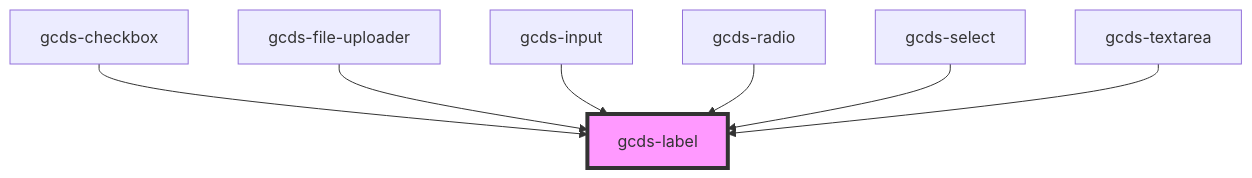
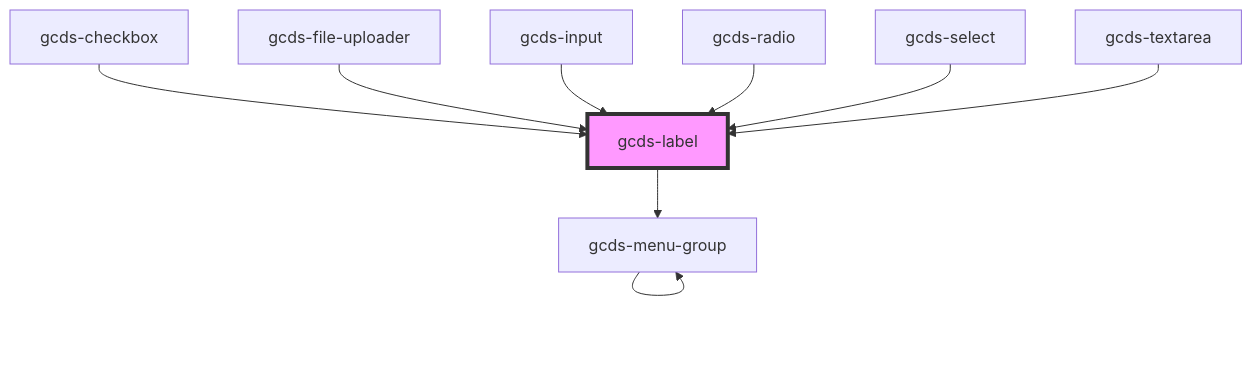
The diagram in packages/web/src/components/gcds-label/readme.md (cds-snc/gcds-components), drawn with Mermaid before and after one commit. The commit also changed other lines of this file and 37 other files, not shown here.

````diff
--- a/packages/web/src/components/gcds-label/readme.md
+++ b/packages/web/src/components/gcds-label/readme.md
@@ -30,10 +34,12 @@
 ```mermaid
 graph TD;
+  gcds-label --> gcds-menu-group
+  gcds-menu-group --> gcds-menu-group
   gcds-checkbox --> gcds-label
   gcds-file-uploader --> gcds-label
   gcds-input --> gcds-label
   gcds-radio --> gcds-label
   gcds-select --> gcds-label
   gcds-textarea --> gcds-label
   style gcds-label fill:#f9f,stroke:#333,stroke-width:4px
 ```
````
